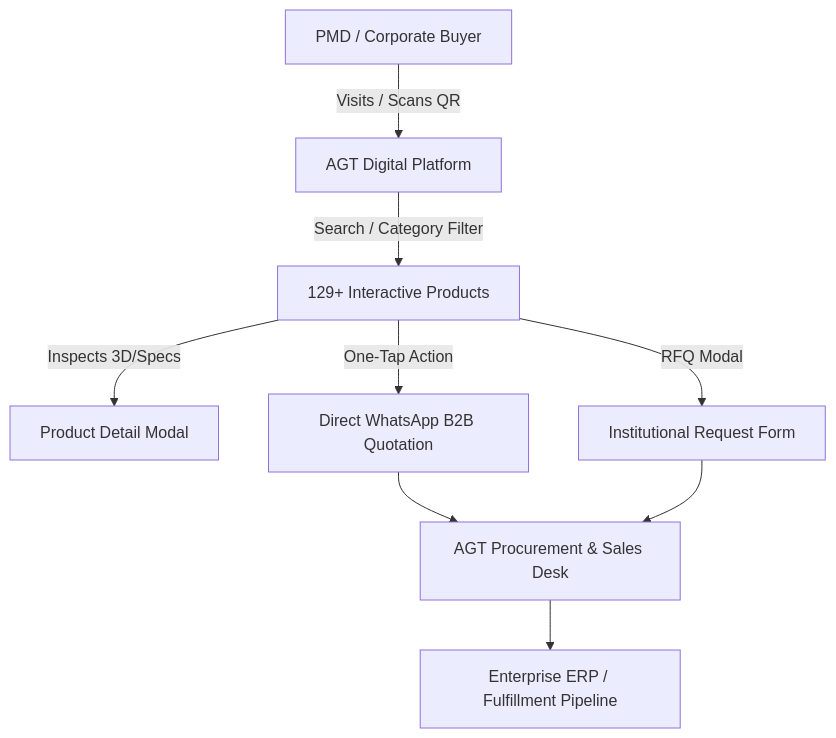
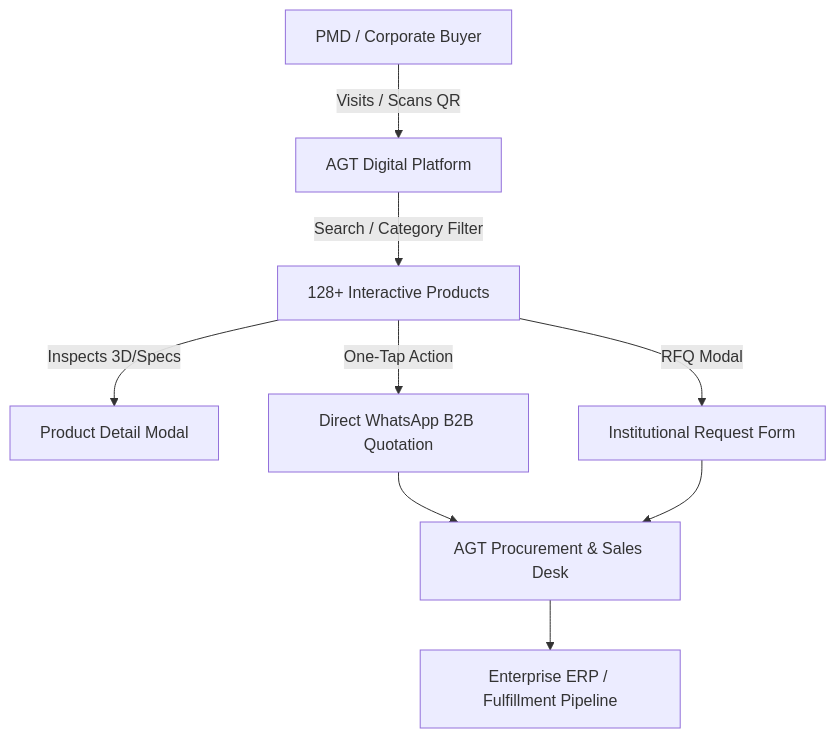
Before and after one commit to TalhaTamim45/agt-platform: the first of 2 diagrams in PROJECT.md, drawn with Mermaid. The commit also changed other lines of this file and 2 other files, not shown here.

Commit message:
fix(catalog): remove duplicate product AGT-112, retain boxed pack AGT-114

````diff
--- a/PROJECT.md
+++ b/PROJECT.md
@@ -36,11 +36,11 @@
 ```mermaid
 graph TD
     Client[PMD / Corporate Buyer] -->|Visits / Scans QR| WebPlatform[AGT Digital Platform]
-    WebPlatform -->|Search / Category Filter| Catalog[129+ Interactive Products]
+    WebPlatform -->|Search / Category Filter| Catalog[128+ Interactive Products]
     Catalog -->|Inspects 3D/Specs| DetailModal[Product Detail Modal]
     Catalog -->|One-Tap Action| WhatsApp[Direct WhatsApp B2B Quotation]
     Catalog -->|RFQ Modal| QuoteRequest[Institutional Request Form]
     WhatsApp --> SalesTeam[AGT Procurement & Sales Desk]
     QuoteRequest --> SalesTeam
     SalesTeam --> ERP[Enterprise ERP / Fulfillment Pipeline]
 ```
````
